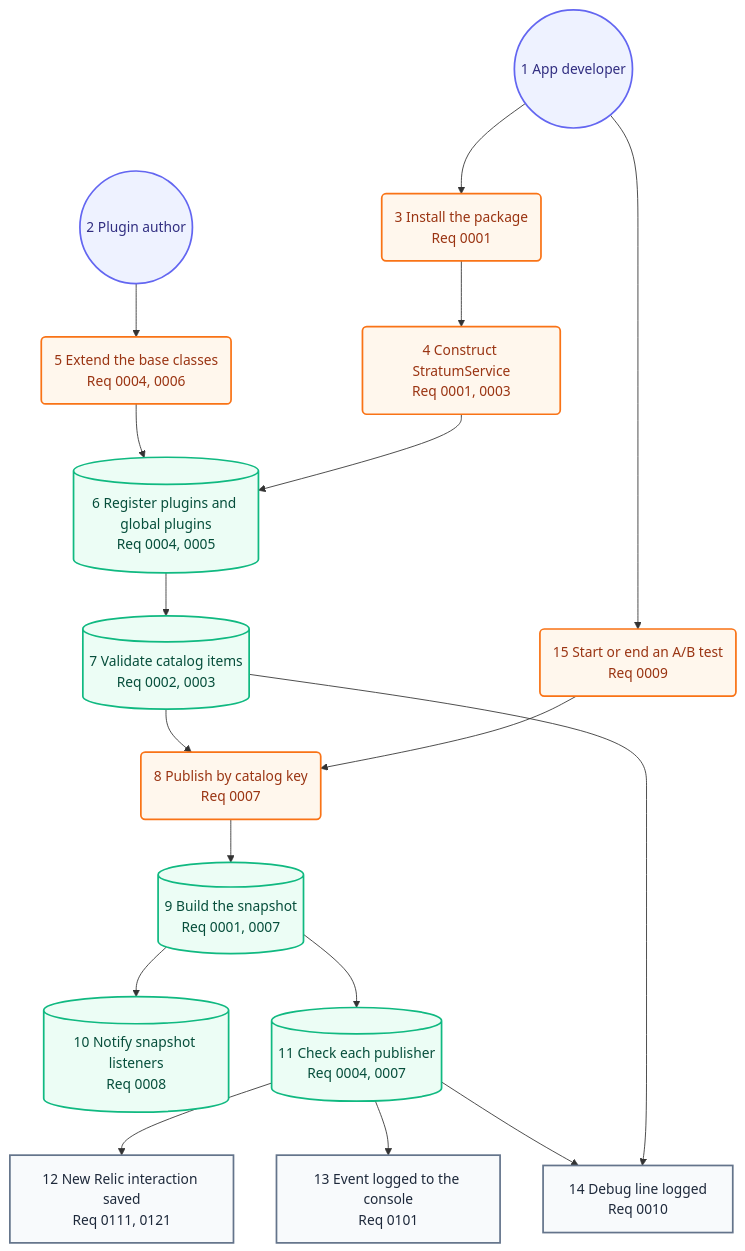
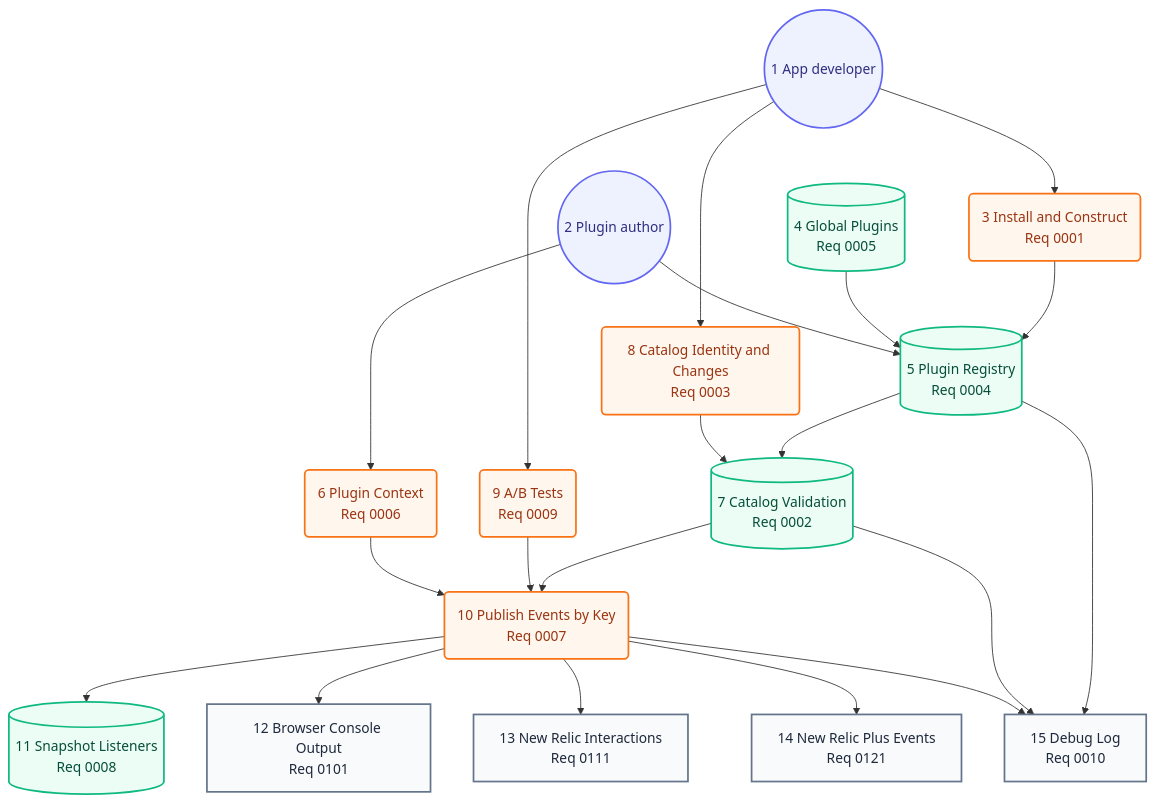
One commit to may-journal/Stratum-Observability changed the second of 2 diagrams in docs/architecture/05-user-journey.md. Above: the diagram before and after it, drawn with Mermaid. The commit also changed other lines of this file and 10 other files, not shown here.

First line of the commit message:
docs(architecture): keep each view to its diagram and callout table (#197)

````diff
--- a/docs/architecture/05-user-journey.md
+++ b/docs/architecture/05-user-journey.md
@@ -31,40 +33,43 @@
 ```mermaid
 flowchart TB
     developer((1 App developer)):::persona
     pluginAuthor((2 Plugin author)):::persona
-    install(3 Install the package<br/>Req 0001):::action
-    construct(4 Construct StratumService<br/>Req 0001, 0003):::action
-    writePlugin(5 Extend the base classes<br/>Req 0004, 0006):::action
-    registerPlugins[(6 Register plugins and global plugins<br/>Req 0004, 0005)]:::system
-    validate[(7 Validate catalog items<br/>Req 0002, 0003)]:::system
-    publish(8 Publish by catalog key<br/>Req 0007):::action
-    snapshot[(9 Build the snapshot<br/>Req 0001, 0007)]:::system
-    listeners[(10 Notify snapshot listeners<br/>Req 0008)]:::system
-    dispatch[(11 Check each publisher<br/>Req 0004, 0007)]:::system
-    newRelicOut[12 New Relic interaction saved<br/>Req 0111, 0121]:::screen
-    consoleOut[13 Event logged to the console<br/>Req 0101]:::screen
-    debugOut[14 Debug line logged<br/>Req 0010]:::screen
-    abTest(15 Start or end an A/B test<br/>Req 0009):::action
+    construct(3 Install and Construct<br/>Req 0001):::action
+    globalPlugins[(4 Global Plugins<br/>Req 0005)]:::system
+    registry[(5 Plugin Registry<br/>Req 0004)]:::system
+    context(6 Plugin Context<br/>Req 0006):::action
+    validation[(7 Catalog Validation<br/>Req 0002)]:::system
+    changes(8 Catalog Identity and Changes<br/>Req 0003):::action
+    abTests(9 A/B Tests<br/>Req 0009):::action
+    publish(10 Publish Events by Key<br/>Req 0007):::action
+    listeners[(11 Snapshot Listeners<br/>Req 0008)]:::system
+    console[12 Browser Console Output<br/>Req 0101]:::screen
+    newRelic[13 New Relic Interactions<br/>Req 0111]:::screen
+    newRelicPlus[14 New Relic Plus Events<br/>Req 0121]:::screen
+    debug[15 Debug Log<br/>Req 0010]:::screen
 
-    developer --> install
-    install --> construct
-    pluginAuthor --> writePlugin
-    writePlugin --> registerPlugins
-    construct --> registerPlugins
-    registerPlugins --> validate
-    validate --> publish
-    abTest --> publish
-    developer --> abTest
-    publish --> snapshot
-    snapshot --> listeners
-    snapshot --> dispatch
-    dispatch --> newRelicOut
-    dispatch --> consoleOut
-    dispatch --> debugOut
-    validate --> debugOut
+    developer --> construct
+    construct --> registry
+    globalPlugins --> registry
+    pluginAuthor --> registry
+    pluginAuthor --> context
+    registry --> validation
+    developer --> changes
+    changes --> validation
+    validation --> publish
+    developer --> abTests
+    abTests --> publish
+    context --> publish
+    publish --> listeners
+    publish --> console
+    publish --> newRelic
+    publish --> newRelicPlus
+    registry --> debug
+    validation --> debug
+    publish --> debug
 
     classDef persona fill:#eef2ff,stroke:#6366f1,color:#312e81,stroke-width:2px
     classDef screen fill:#f8fafc,stroke:#64748b,color:#1e293b,stroke-width:2px
     classDef action fill:#fff7ed,stroke:#f97316,color:#9a3412,stroke-width:2px
     classDef system fill:#ecfdf5,stroke:#10b981,color:#064e3b,stroke-width:2px
 ```
````
